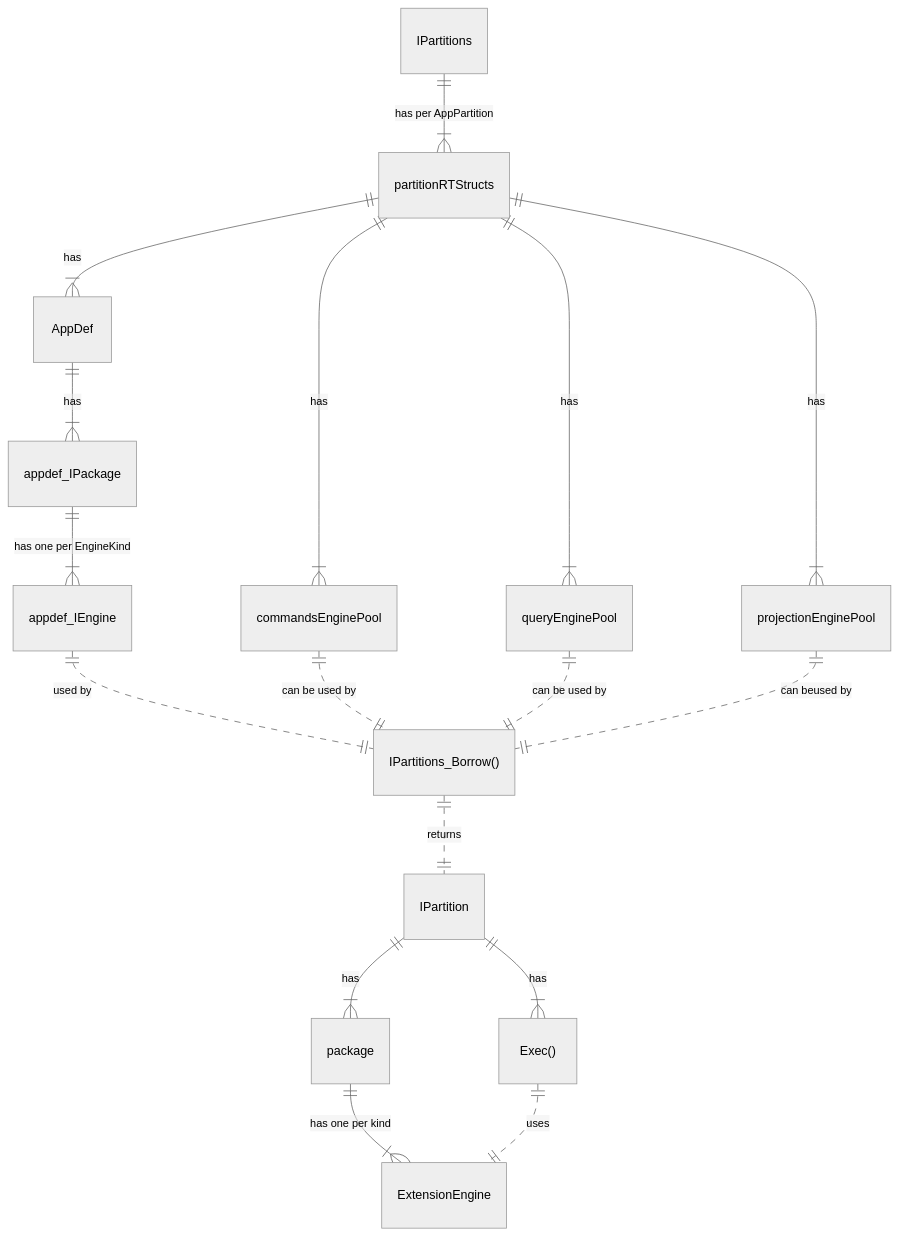
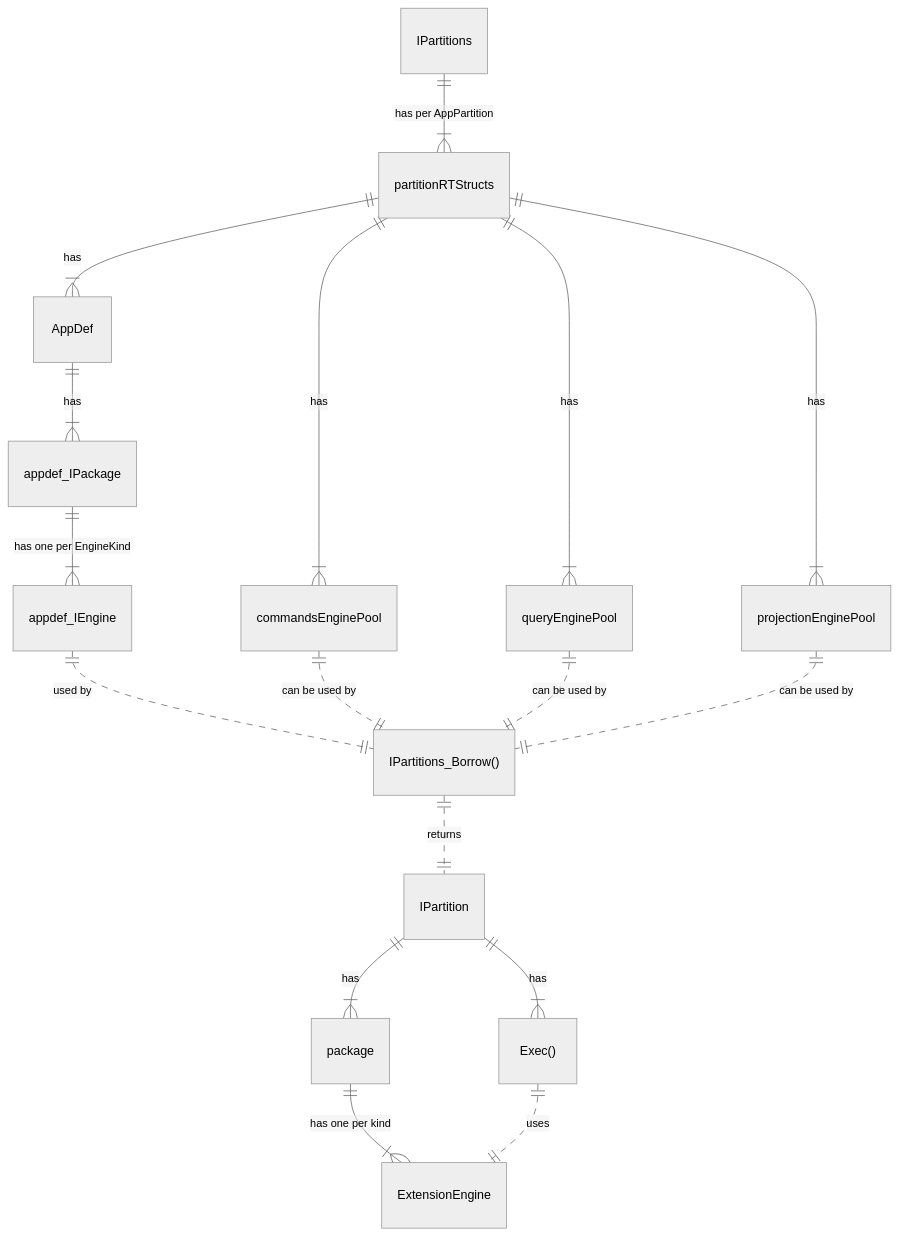
The sixth of 18 diagrams in design/README.md (voedger/voedger), drawn with Mermaid (neutral theme) before and after one commit.

````diff
--- a/design/README.md
+++ b/design/README.md
@@ -224,28 +224,28 @@
 ```mermaid
     erDiagram
 
     IPartitions ||--|{ partitionRTStructs : "has per AppPartition"
 
     partitionRTStructs ||--|{ AppDef : "has"
     partitionRTStructs  ||--|{ commandsEnginePool : "has"
     partitionRTStructs  ||--|{ queryEnginePool : "has"
     partitionRTStructs  ||--|{ projectionEnginePool : "has"
 
 
     AppDef ||--|{ appdef_IPackage : "has"
     appdef_IPackage ||--|{ appdef_IEngine : "has one per EngineKind"
 
     appdef_IEngine ||..|| "IPartitions_Borrow()": "used by"
     
     commandsEnginePool ||..|| "IPartitions_Borrow()": "can be used by"
     queryEnginePool ||..|| "IPartitions_Borrow()": "can be used by"
-    projectionEnginePool ||..|| "IPartitions_Borrow()": "can beused by"
+    projectionEnginePool ||..|| "IPartitions_Borrow()": "can be used by"
 
     "IPartitions_Borrow()" ||..|| "IPartition": "returns"
 
     IPartition ||--|{ package : "has"
     package ||--|{ ExtensionEngine : "has one per kind"
     IPartition ||--|{ "Exec()" : "has"
 
     "Exec()" ||..|| ExtensionEngine : "uses"
 ```
````
